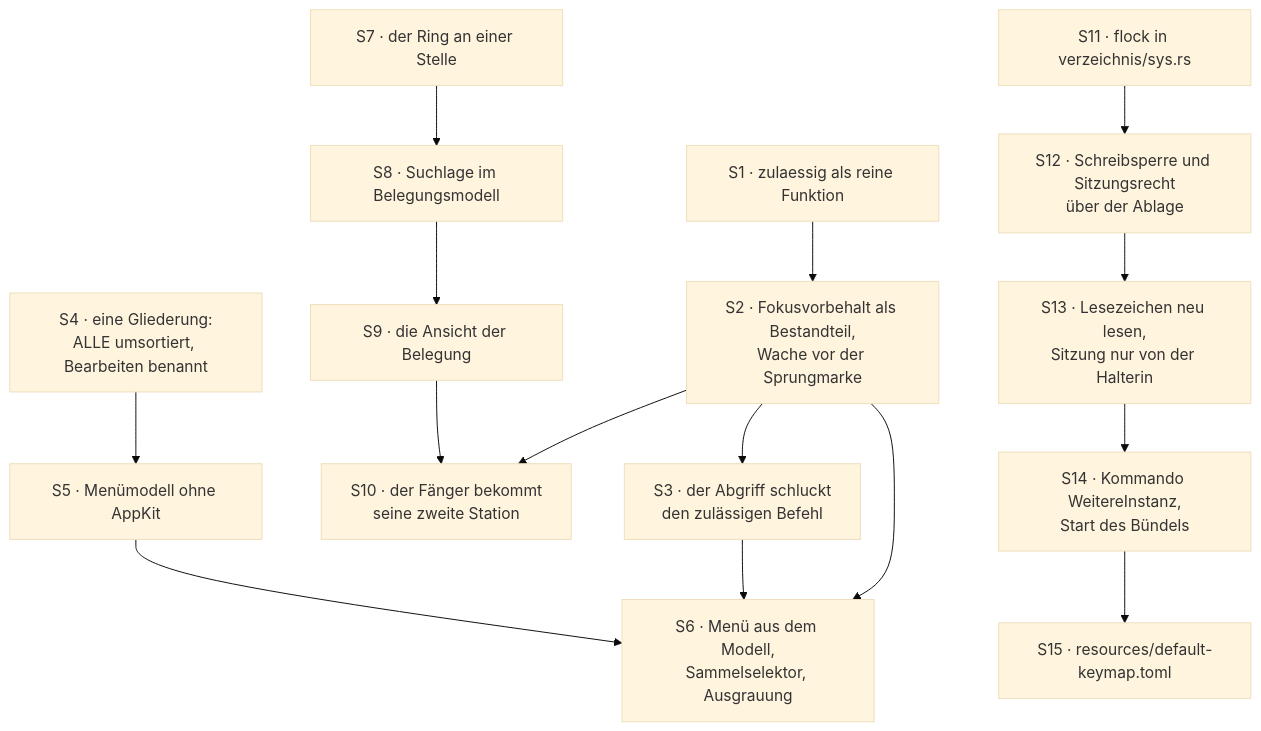
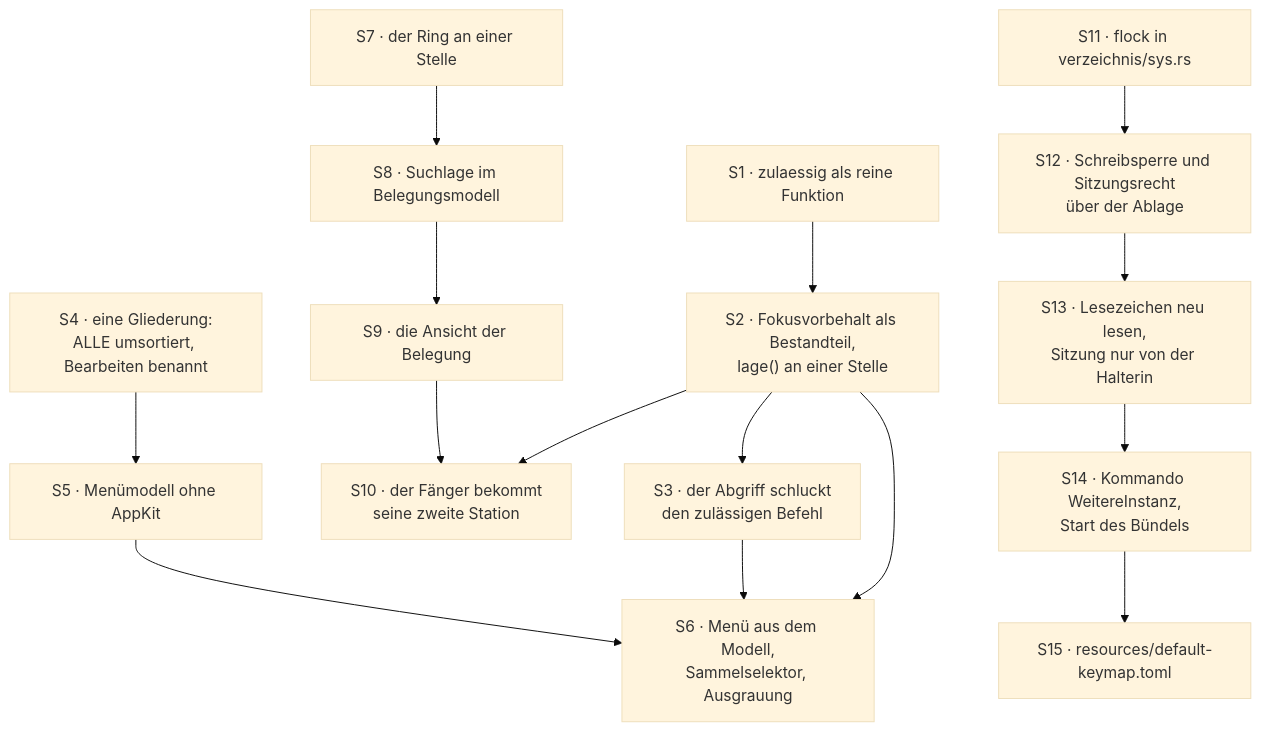
The fourth of 4 diagrams in fusion-workbench/circles/260813-0100-suche-in-der-belegung-vollstaendiges-menue-weitere-instanz/planning/260813-0205_o_plan-suche-in-der-belegung-vollstaendiges-menue-weitere-instanz.md (tenzoki/krk), drawn with Mermaid (base theme) before and after one commit. The commit also changed other lines of this file and 1 other file, not shown here.

````diff
--- a/fusion-workbench/circles/260813-0100-suche-in-der-belegung-vollstaendiges-menue-weitere-instanz/planning/260813-0205_o_plan-suche-in-der-belegung-vollstaendiges-menue-weitere-instanz.md
+++ b/fusion-workbench/circles/260813-0100-suche-in-der-belegung-vollstaendiges-menue-weitere-instanz/planning/260813-0205_o_plan-suche-in-der-belegung-vollstaendiges-menue-weitere-instanz.md
@@ -122,17 +135,17 @@
 ```mermaid
 flowchart TD
-    S1["S1 · zulaessig als reine Funktion"] --> S2["S2 · Fokusvorbehalt als Bestandteil,<br/>Wache vor der Sprungmarke"]
+    S1["S1 · zulaessig als reine Funktion"] --> S2["S2 · Fokusvorbehalt als Bestandteil,<br/>lage() an einer Stelle"]
     S2 --> S3["S3 · der Abgriff schluckt<br/>den zulässigen Befehl"]
     S2 --> S6["S6 · Menü aus dem Modell,<br/>Sammelselektor, Ausgrauung"]
     S2 --> S10["S10 · der Fänger bekommt<br/>seine zweite Station"]
     S3 --> S6
     S4["S4 · eine Gliederung:<br/>ALLE umsortiert, Bearbeiten benannt"] --> S5["S5 · Menümodell ohne AppKit"]
     S5 --> S6
     S7["S7 · der Ring an einer Stelle"] --> S8["S8 · Suchlage im Belegungsmodell"]
     S8 --> S9["S9 · die Ansicht der Belegung"]
     S9 --> S10
     S11["S11 · flock in verzeichnis/sys.rs"] --> S12["S12 · Schreibsperre und Sitzungsrecht<br/>über der Ablage"]
     S12 --> S13["S13 · Lesezeichen neu lesen,<br/>Sitzung nur von der Halterin"]
     S13 --> S14["S14 · Kommando WeitereInstanz,<br/>Start des Bündels"]
     S14 --> S15["S15 · resources/default-keymap.toml"]
 ```
````
